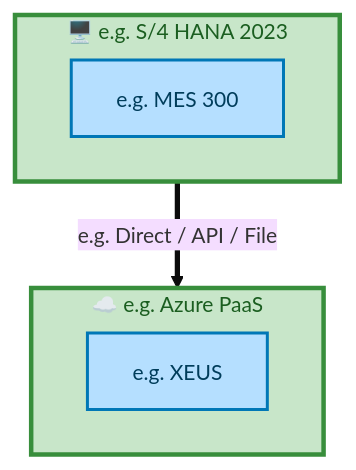
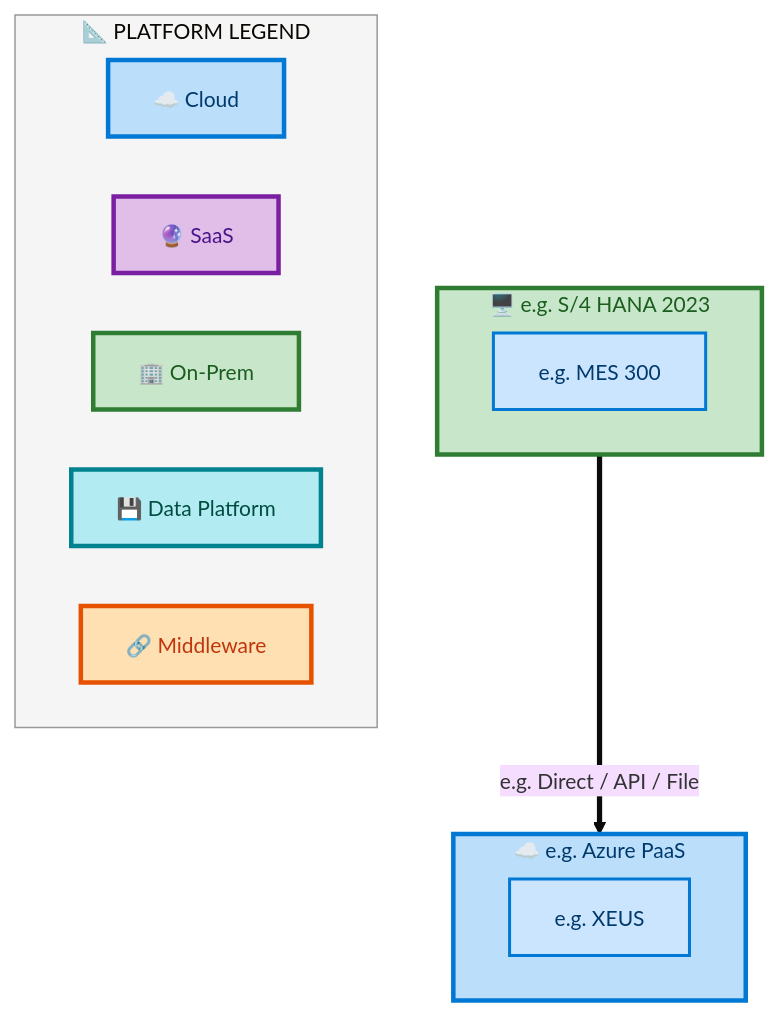
One commit to sajivfrancis777/IAO-Architecture changed the sixth of 7 diagrams in towers/E2E/Master Data/E2E-91/output/docs/systems-architecture/E2E-91-Architecture.md. Above: the diagram before and after it, drawn with Mermaid. The commit also changed other lines of this file and 394 other files, not shown here.

First line of the commit message:
feat: structured layer ordering for Mermaid architecture diagrams

````diff
--- a/towers/E2E/Master Data/E2E-91/output/docs/systems-architecture/E2E-91-Architecture.md
+++ b/towers/E2E/Master Data/E2E-91/output/docs/systems-architecture/E2E-91-Architecture.md
@@ -619,22 +635,36 @@
 ```mermaid
 %%{init: {"theme": "base", "securityLevel": "loose", "themeVariables": {"fontSize": "14px", "fontFamily": "Segoe UI, Arial"}, "flowchart": {"useMaxWidth": false, "htmlLabels": true, "nodeSpacing": 40, "rankSpacing": 50}} }%%
 flowchart TB
-    classDef appBox fill:#B5DFFF,stroke:#0077B6,stroke-width:2px,color:#003D5B
-    classDef platBox fill:#C8E6C9,stroke:#388E3C,stroke-width:3px,color:#1B5E20
-    classDef eolBox fill:#FFB5B5,stroke:#CC0000,stroke-width:2px,color:#660000
+    classDef appBox fill:#CCE5FF,stroke:#0078D4,stroke-width:2px,color:#003A6C
+    classDef platBox fill:#C8E6C9,stroke:#2E7D32,stroke-width:3px,color:#1B5E20
+    classDef eolBox fill:#FFCDD2,stroke:#C62828,stroke-width:2px,color:#B71C1C
 
     subgraph E2E91CPLP_e_g_Azure_PaaS["☁️ e.g. Azure PaaS"]
         direction LR
         E2E91CPLA_e_g_XEUS["e.g. XEUS"]:::appBox
     end
-    style E2E91CPLP_e_g_Azure_PaaS fill:#C8E6C9,stroke:#388E3C,stroke-width:3px,color:#1B5E20
+    style E2E91CPLP_e_g_Azure_PaaS fill:#BBDEFB,stroke:#0078D4,stroke-width:3px,color:#003A6C
 
     subgraph E2E91CPLP_e_g_S_4_HANA_2023["🖥️ e.g. S/4 HANA 2023"]
         direction LR
         E2E91CPLA_e_g_MES_300["e.g. MES 300"]:::appBox
     end
-    style E2E91CPLP_e_g_S_4_HANA_2023 fill:#C8E6C9,stroke:#388E3C,stroke-width:3px,color:#1B5E20
+    style E2E91CPLP_e_g_S_4_HANA_2023 fill:#C8E6C9,stroke:#2E7D32,stroke-width:3px,color:#1B5E20
 
     E2E91CPLP_e_g_S_4_HANA_2023 ==>|"e.g. Direct / API / File"| E2E91CPLP_e_g_Azure_PaaS
 
+    subgraph E2E91CPLLegend["📐 PLATFORM LEGEND"]
+        direction LR
+        E2E91CPLLC["☁️ Cloud"]
+        E2E91CPLLS["🔮 SaaS"]
+        E2E91CPLLO["🏢 On-Prem"]
+        E2E91CPLLD["💾 Data Platform"]
+        E2E91CPLLM["🔗 Middleware"]
+    end
+    style E2E91CPLLegend fill:#F5F5F5,stroke:#999,stroke-width:1px
+    style E2E91CPLLC fill:#BBDEFB,stroke:#0078D4,stroke-width:3px,color:#003A6C
+    style E2E91CPLLS fill:#E1BEE7,stroke:#7B1FA2,stroke-width:3px,color:#4A148C
+    style E2E91CPLLO fill:#C8E6C9,stroke:#2E7D32,stroke-width:3px,color:#1B5E20
+    style E2E91CPLLD fill:#B2EBF2,stroke:#00838F,stroke-width:3px,color:#004D40
+    style E2E91CPLLM fill:#FFE0B2,stroke:#E65100,stroke-width:3px,color:#BF360C
 ```
````
